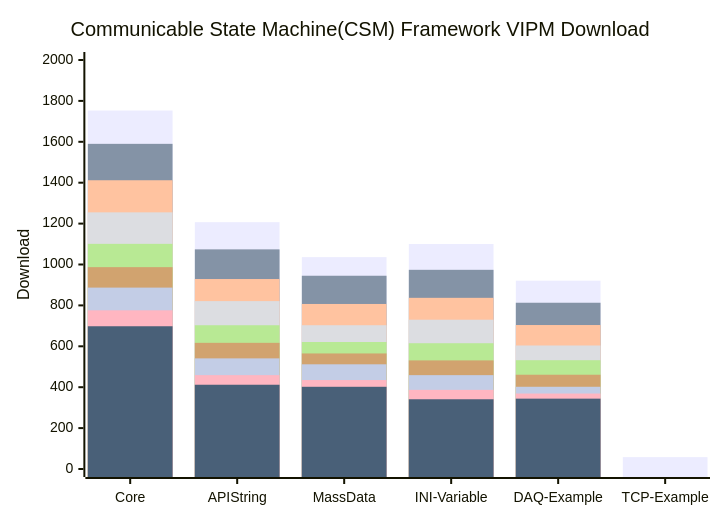
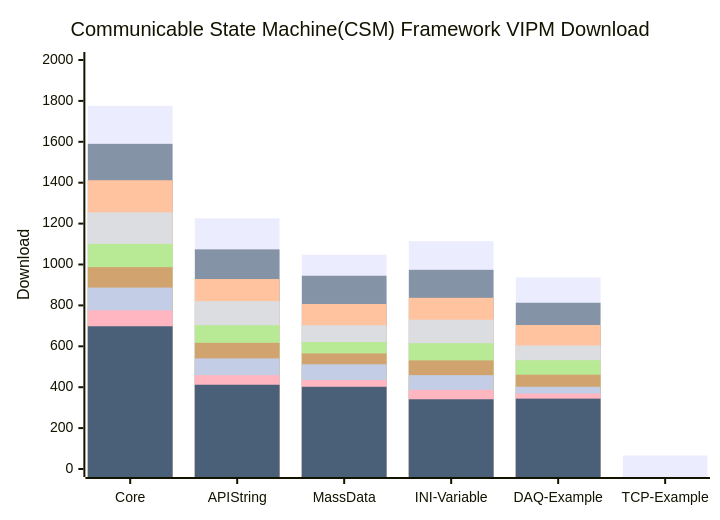
One commit to NEVSTOP-LAB/.github changed the diagram in profile/README.md. Above: the diagram before and after it, drawn with Mermaid.

````diff
--- a/profile/README.md
+++ b/profile/README.md
@@ -31,15 +31,15 @@
 ```mermaid
     xychart-beta
     title "Communicable State Machine(CSM) Framework VIPM Download"
     x-axis [Core, API String, MassData, INI-Variable, DAQ-Example, TCP-Example]
     y-axis "Download" 0 --> 2000
-    bar   [1753, 1207, 1036, 1100, 921, 58]
+    bar   [1776, 1226, 1048, 1114, 937, 66]
     bar   [1590, 1074, 945, 974, 813]
     bar   [1412, 929, 807, 837, 704]
     bar   [1255, 821, 703, 730, 604]
     bar   [1101, 703, 621, 615, 532]
     bar   [987, 617, 565, 531, 461]
     bar   [887, 541, 512, 459, 402]
     bar   [776, 459, 435, 387, 369]
     bar   [698, 412, 402, 341, 344]
 ```
````
